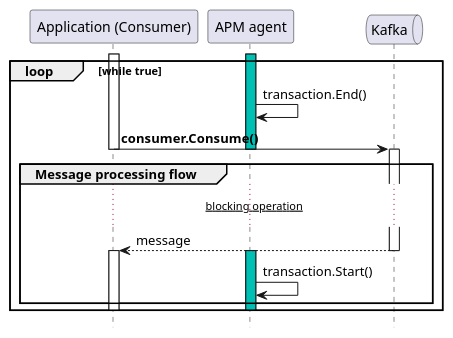
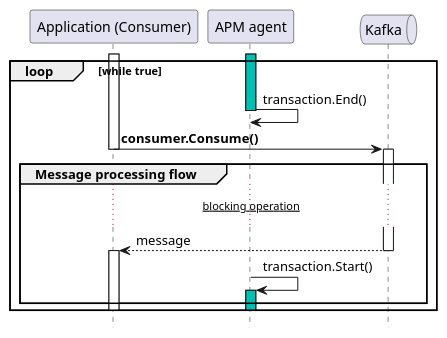
Before and after one commit to elastic/apm: the diagram in specs/agents/uml/kafka_consume.puml, drawn with PlantUML. The commit also changed 4 other files, not shown here.

```diff
--- a/specs/agents/uml/kafka_consume.puml
+++ b/specs/agents/uml/kafka_consume.puml
@@ -1,30 +1,31 @@
 @startuml kafka_consume
 hide footbox
 participant "Application (Consumer)" as app
 participant "APM agent" as apm
 queue       Kafka as queue
 
 activate app
 loop while true
     activate apm #00BFB3 
     apm -> apm: transaction.End()  
-    
-    app -> queue: **consumer.Consume()**
-    deactivate apm
+	deactivate apm
+	    
+	app -> queue: **consumer.Consume()**
     deactivate app
     activate queue
 
     group Message processing flow
         ... ~~blocking operation~~ ...
         queue --> app: message
         
         deactivate queue
         activate app
+        
+        apm -> apm: transaction.Start()
         activate apm #00BFB3
-        apm -> apm: transaction.Start()
     end
 
     deactivate app
     deactivate apm
 end
 @enduml
```
